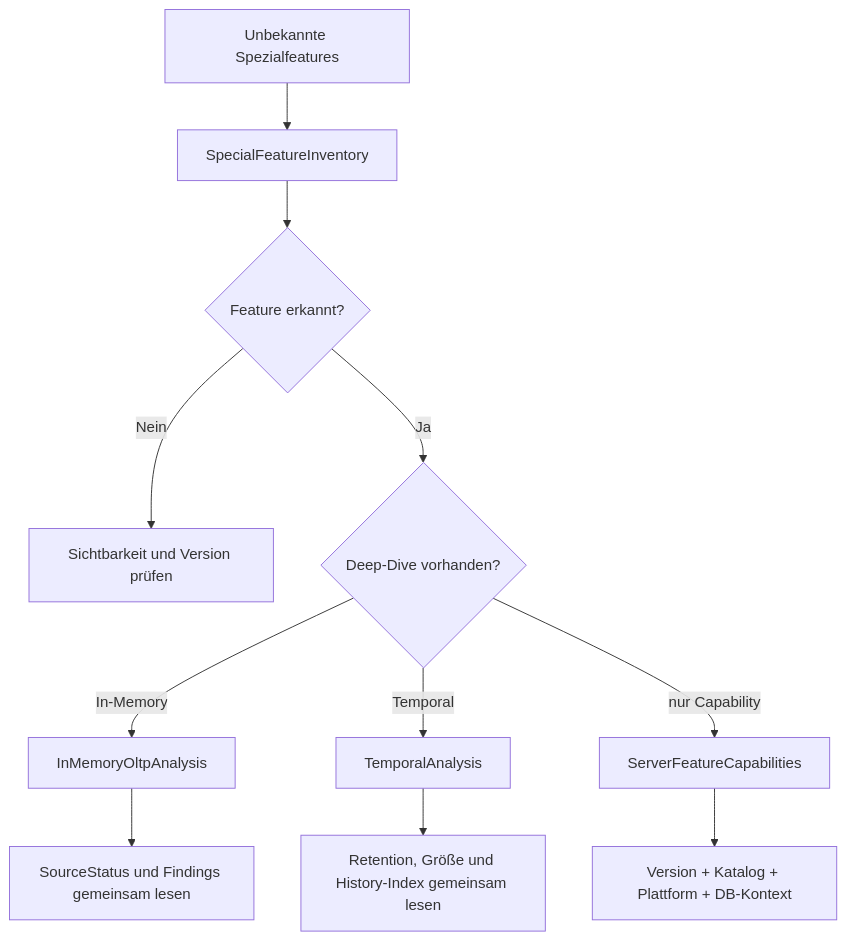
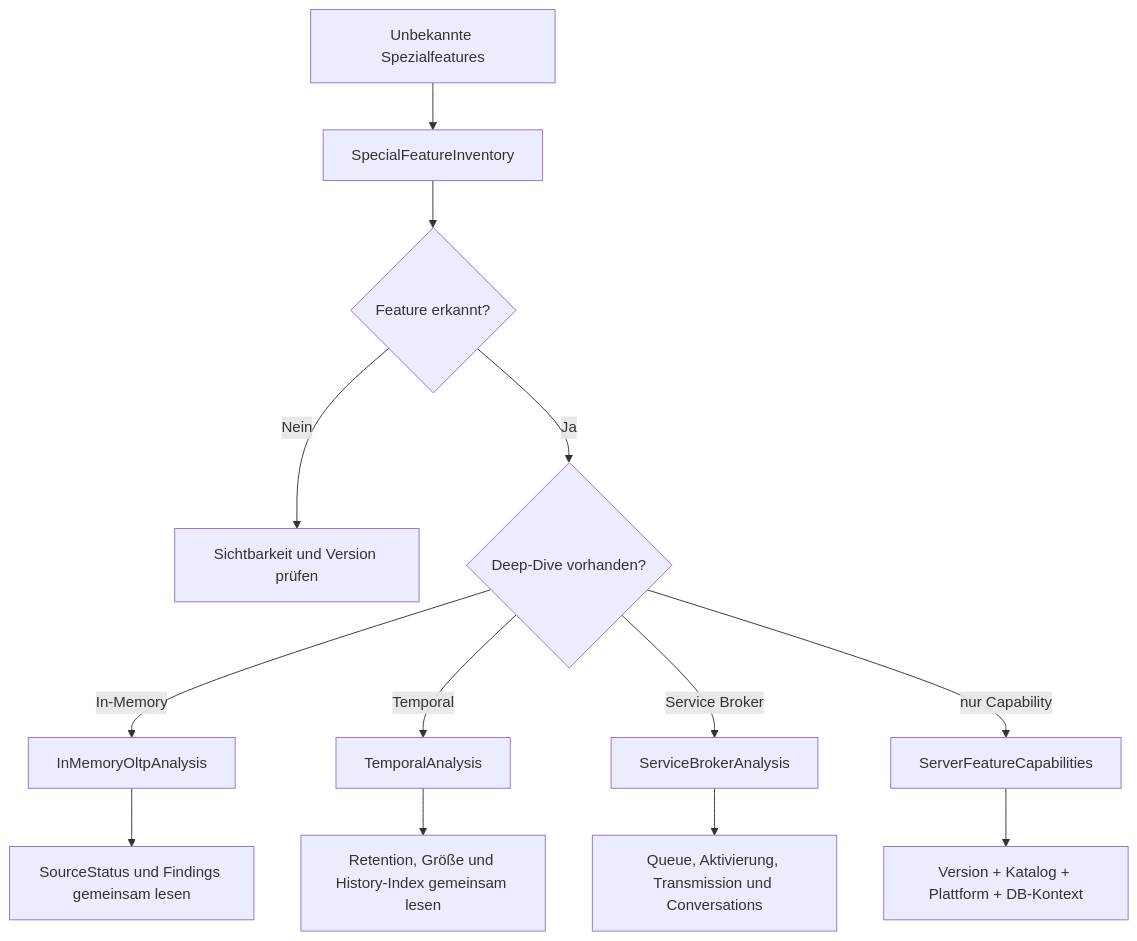
Before and after one commit to gecompat/SQL_Server_Analyze: the diagram in Documentation/Analysis_Guides/09_Version_Adaptive.md, drawn with Mermaid. The commit also changed other lines of this file and 37 other files, not shown here.

Commit message:
Ergänzt die Service-Broker-Tiefenanalyse

````diff
--- a/Documentation/Analysis_Guides/09_Version_Adaptive.md
+++ b/Documentation/Analysis_Guides/09_Version_Adaptive.md
@@ -374,13 +449,15 @@
 ```mermaid
 flowchart TD
     A[Unbekannte Spezialfeatures] --> B[SpecialFeatureInventory]
     B --> C{Feature erkannt?}
     C -->|Nein| D[Sichtbarkeit und Version prüfen]
     C -->|Ja| E{Deep-Dive vorhanden?}
     E -->|In-Memory| F[InMemoryOltpAnalysis]
     E -->|Temporal| G[TemporalAnalysis]
-    E -->|nur Capability| H[ServerFeatureCapabilities]
+    E -->|Service Broker| H[ServiceBrokerAnalysis]
+    E -->|nur Capability| L[ServerFeatureCapabilities]
     F --> I[SourceStatus und Findings gemeinsam lesen]
     G --> J[Retention, Größe und History-Index gemeinsam lesen]
-    H --> K[Version + Katalog + Plattform + DB-Kontext]
+    H --> K[Queue, Aktivierung, Transmission und Conversations]
+    L --> M[Version + Katalog + Plattform + DB-Kontext]
 ```
````
